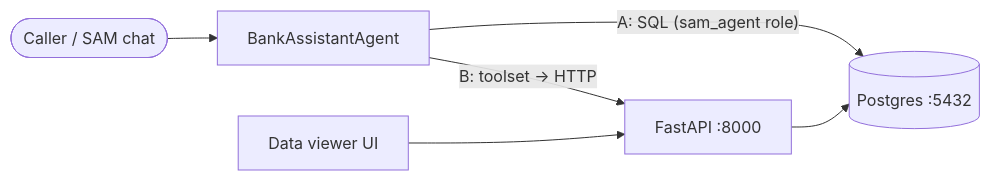
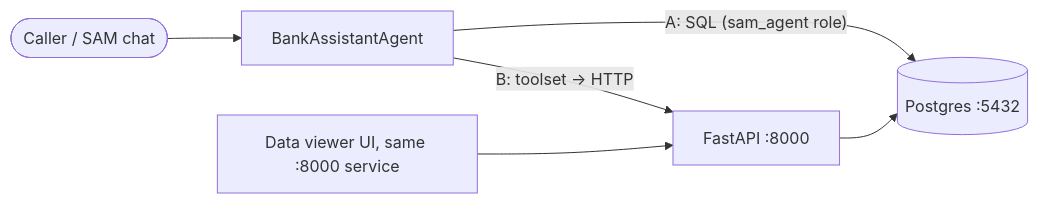
Before and after one commit to Siddhesh-UIC/SAM-Bank-Service: the diagram in README.md, drawn with Mermaid. The commit also changed other lines of this file, not shown here.

First line of the commit message:
Document what runs where, all API endpoints and test-record editing

````diff
--- a/README.md
+++ b/README.md
@@ -17,8 +17,8 @@
 ```mermaid
 graph LR
     Caller([Caller / SAM chat]) --> Agent[BankAssistantAgent]
     Agent -- "A: SQL (sam_agent role)" --> PG[(Postgres :5432)]
     Agent -- "B: toolset → HTTP" --> API[FastAPI :8000]
     API --> PG
-    UI[Data viewer UI] --> API
+    UI[Data viewer UI, same :8000 service] --> API
 ```
````
